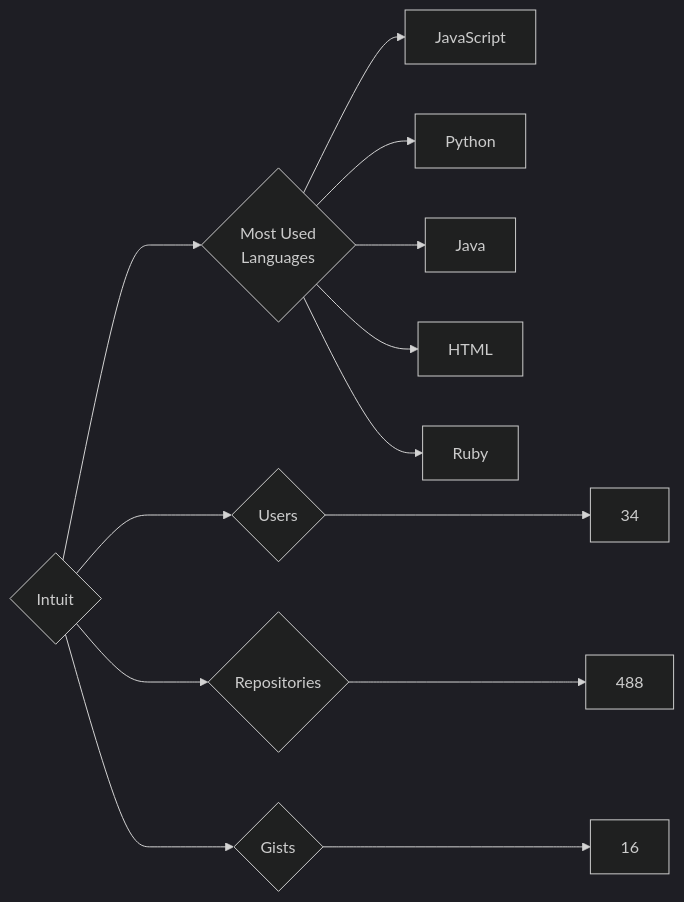
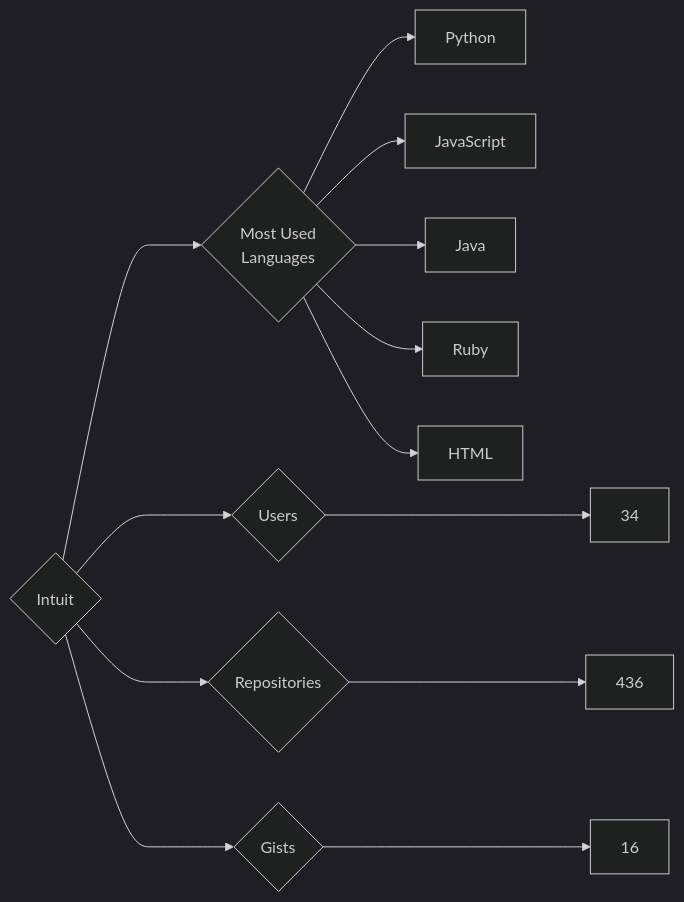
One commit to trickest/insiders changed the diagram in targets/Intuit/README.md. Above: the diagram before and after it, drawn with Mermaid (dark theme). The commit also changed 639 other files, not shown here.

````diff
--- a/targets/Intuit/README.md
+++ b/targets/Intuit/README.md
@@ -3,13 +3,13 @@
 ```mermaid
 graph LR
 COMPANY_NAME{Intuit}
 COMPANY_NAME ---> U{Users} ---> UN[34]
-COMPANY_NAME ---> R{Repositories} ---> RN[488]
+COMPANY_NAME ---> R{Repositories} ---> RN[436]
 COMPANY_NAME ---> G{Gists} ---> GN[16]
 COMPANY_NAME ---> ML{Most Used<br>Languages}
+ML --> Python[Python]
 ML --> JavaScript[JavaScript]
-ML --> Python[Python]
 ML --> Java[Java]
+ML --> Ruby[Ruby]
 ML --> HTML[HTML]
-ML --> Ruby[Ruby]
 ```
````
